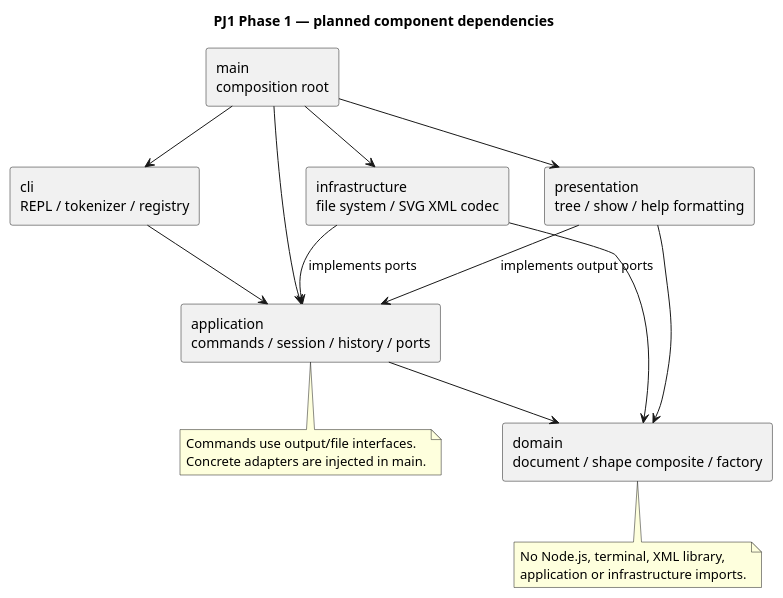
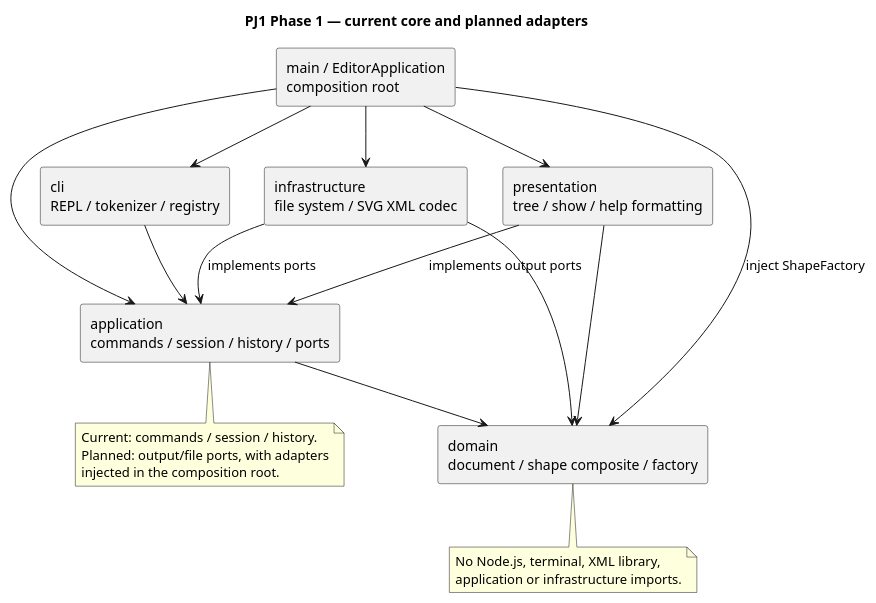
One commit to invvvversion-ysl/pj1-svg-editor changed the diagram in doc/architecture.puml. Above: the diagram before and after it, drawn with PlantUML. The commit also changed 2 other files, not shown here.

Commit message:
docs: document stage 3 history and review workflow

```diff
--- a/doc/architecture.puml
+++ b/doc/architecture.puml
@@ -1,28 +1,30 @@
 @startuml
-title PJ1 Phase 1 — planned component dependencies
+title PJ1 Phase 1 — current core and planned adapters
 skinparam componentStyle rectangle
-component "main\ncomposition root" as Main
+component "main / EditorApplication\ncomposition root" as Main
 component "cli\nREPL / tokenizer / registry" as Cli
 component "application\ncommands / session / history / ports" as App
 component "domain\ndocument / shape composite / factory" as Domain
 component "presentation\ntree / show / help formatting" as Presentation
 component "infrastructure\nfile system / SVG XML codec" as Infra
 Main --> Cli
 Main --> App
 Main --> Presentation
 Main --> Infra
+Main --> Domain : inject ShapeFactory
 Cli --> App
 App --> Domain
 Presentation --> Domain
 Presentation --> App : implements output ports
 Infra --> App : implements ports
 Infra --> Domain
 note bottom of Domain
   No Node.js, terminal, XML library,
   application or infrastructure imports.
 end note
 note bottom of App
-  Commands use output/file interfaces.
-  Concrete adapters are injected in main.
+  Current: commands / session / history.
+  Planned: output/file ports, with adapters
+  injected in the composition root.
 end note
 @enduml
```
